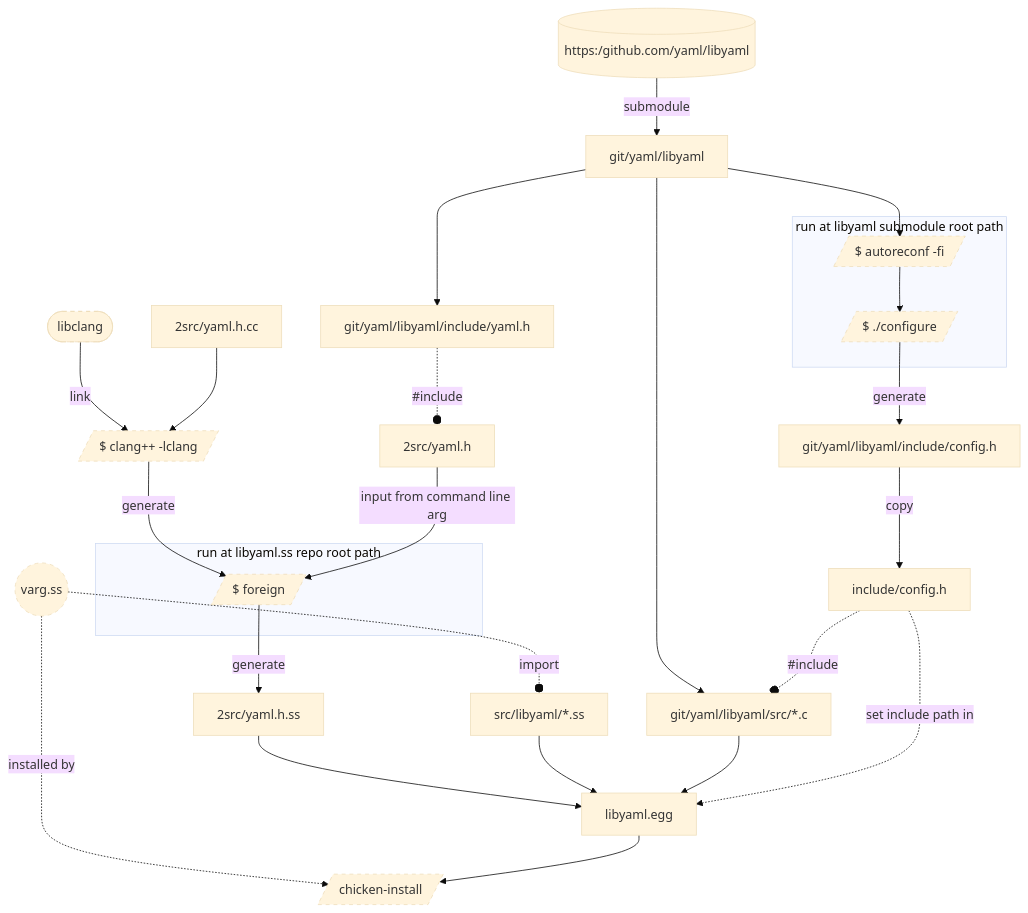
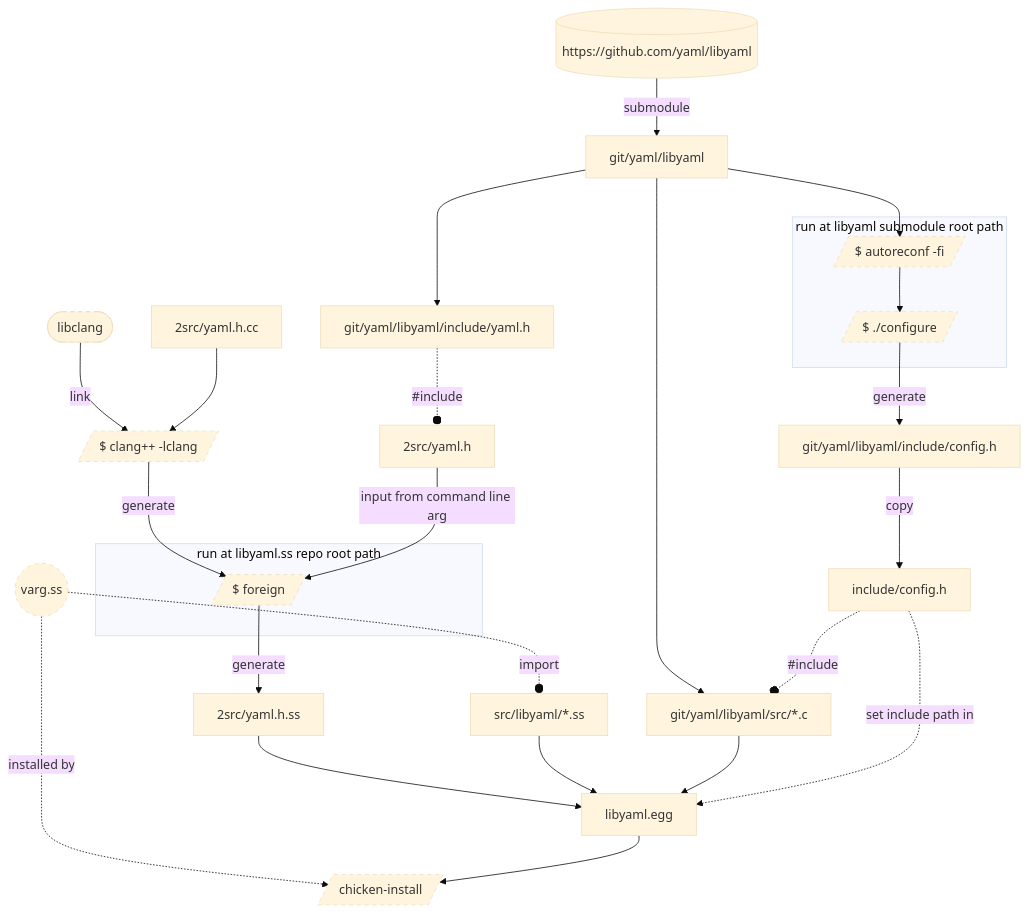
One commit to riku-ri/libyaml.ss changed the diagram in docs/dev.md. Above: the diagram before and after it, drawn with Mermaid (base theme).

````diff
--- a/docs/dev.md
+++ b/docs/dev.md
@@ -5,57 +5,57 @@
 ```mermaid
 flowchart
 
-yaml/libyaml[(https:/github.com/yaml/libyaml)]
+yaml/libyaml[(https://github.com/yaml/libyaml)]
 --submodule--> git/yaml/libyaml --> git/yaml/libyaml/src/*.c
 
 libclang([libclang])
 --link--> clang++[/clang++ -lclang/]
 style libclang stroke-dasharray: 5 5
 2src/yaml.h.cc
 --> clang++[/clang++ -lclang/]
 style clang++ stroke-dasharray: 5 5
 clang++[/$ clang++ -lclang/]
 --generate --> foreign[/$ foreign/]
 style foreign stroke-dasharray: 5 5
 
 git/yaml/libyaml
 --> git/yaml/libyaml/include/yaml.h
 -. #include .-o 2src/yaml.h
 --input from command line arg-->foreign
 
 subgraph "run at libyaml.ss repo root path"
 foreign
 end
 
 foreign
 --generate--> 2src/yaml.h.ss
 
 2src/yaml.h.ss
 --> libyaml.egg
 style varg.ss stroke-dasharray: 5 5
 varg.ss((varg.ss))
 -. import .-o src/libyaml/*.ss
 --> libyaml.egg
 varg.ss -. installed by .-> chicken-install
 
 git/yaml/libyaml
 --> autoreconf[/$ autoreconf -fi/]
 style autoreconf stroke-dasharray: 5 5
 subgraph "run at libyaml submodule root path"
 autoreconf --> configure[/$ ./configure/]
 end
 style configure stroke-dasharray: 5 5
 
 configure
 --generate--> git/yaml/libyaml/include/config.h
 --copy--> include/config.h
 -. #include .-o git/yaml/libyaml/src/*.c
 --> libyaml.egg
 
 include/config.h
 -. set include path in .-> libyaml.egg 
 
 libyaml.egg
 --> chicken-install[/chicken-install/]
 style chicken-install stroke-dasharray: 5 5
 ```
````
